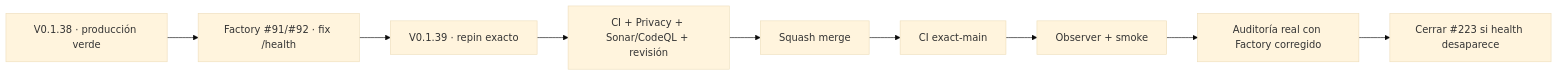
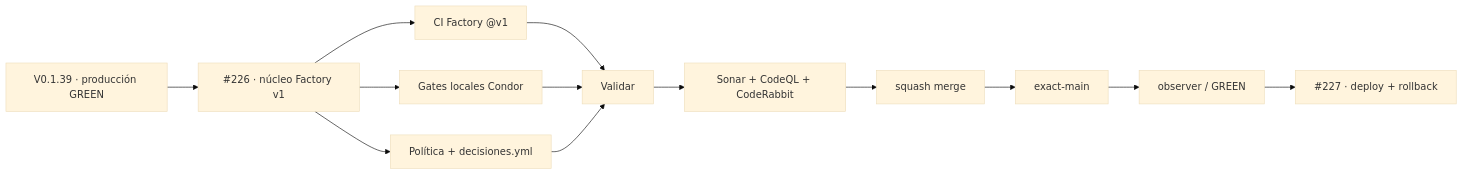
One commit to pl0n3r/Condor changed the diagram in README.md. Above: the diagram before and after it, drawn with Mermaid (base theme). The commit also changed other lines of this file and 14 other files, not shown here.

First line of the commit message:
infra: adoptar núcleo y workflows comunes Factory v1 (V 0.1.40)

````diff
--- a/README.md
+++ b/README.md
@@ -53,11 +67,15 @@
 ```mermaid
 flowchart LR
-  A["V0.1.38 · producción verde"] --> B["Factory #91/#92 · fix /health"]
-  B --> C["V0.1.39 · repin exacto"]
-  C --> D["CI + Privacy + Sonar/CodeQL + revisión"]
-  D --> E["Squash merge"]
-  E --> F["CI exact-main"]
-  F --> G["Observer + smoke"]
-  G --> H["Auditoría real con Factory corregido"]
-  H --> I["Cerrar #223 si health desaparece"]
+  A["V0.1.39 · producción GREEN"] --> B["#226 · núcleo Factory v1"]
+  B --> C["CI Factory @v1"]
+  B --> L["Gates locales Condor"]
+  B --> P["Política + decisiones.yml"]
+  C --> V["Validar"]
+  L --> V
+  P --> V
+  V --> R["Sonar + CodeQL + CodeRabbit"]
+  R --> M["squash merge"]
+  M --> X["exact-main"]
+  X --> O["observer / GREEN"]
+  O --> N["#227 · deploy + rollback"]
 ```
````
